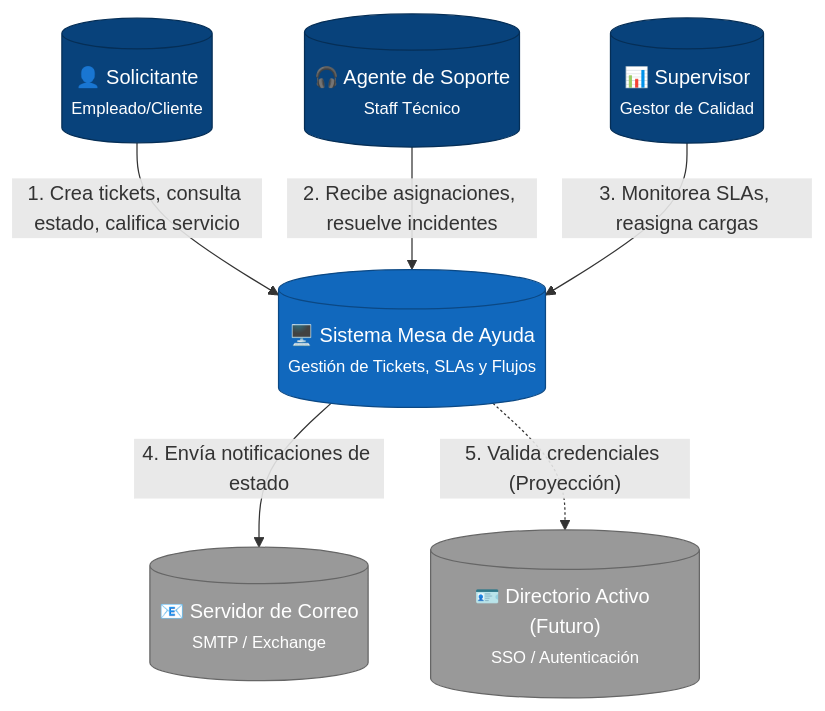
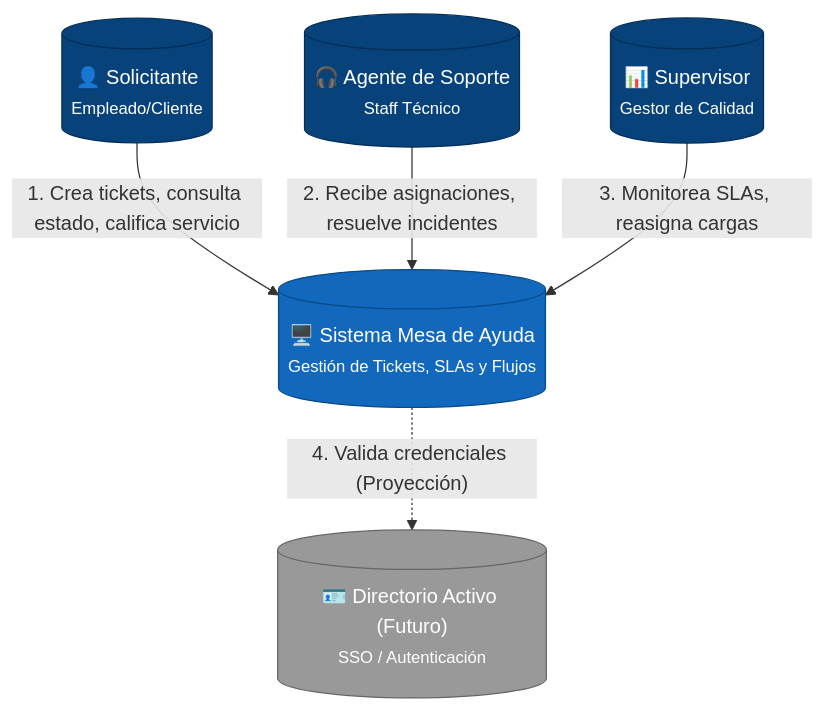
The first of 2 diagrams in docs/ARCHITECTURE.md (4lexanderpardo09/help-desk-back), drawn with Mermaid before and after one commit. The commit also changed other lines of this file, not shown here.

Commit message:
docs: Remove real-time features, WebSocket mentions, and external email system from architecture documentation.

````diff
--- a/docs/ARCHITECTURE.md
+++ b/docs/ARCHITECTURE.md
@@ -17,27 +17,25 @@
 ```mermaid
 graph TD
     %% Estilos de Nodos
     classDef person fill:#08427b,stroke:#052e56,color:white,rx:10,ry:10;
     classDef system fill:#1168bd,stroke:#0b4884,color:white,rx:10,ry:10;
     classDef external fill:#999999,stroke:#666666,color:white,rx:10,ry:10;
 
     %% Actores Principales
     Solicitante[("👤 Solicitante<br><small>Empleado/Cliente</small>")]:::person
     Agente[("🎧 Agente de Soporte<br><small>Staff Técnico</small>")]:::person
     Supervisor[("📊 Supervisor<br><small>Gestor de Calidad</small>")]:::person
 
     %% Sistema Central
     HelpDesk[("🖥️ Sistema Mesa de Ayuda<br><small>Gestión de Tickets, SLAs y Flujos</small>")]:::system
 
     %% Sistemas Externos
-    EmailSys[("📧 Servidor de Correo<br><small>SMTP / Exchange</small>")]:::external
     AD[("🪪 Directorio Activo (Futuro)<br><small>SSO / Autenticación</small>")]:::external
 
     %% Interacciones
     Solicitante -- "1. Crea tickets, consulta estado, califica servicio" --> HelpDesk
     Agente -- "2. Recibe asignaciones, resuelve incidentes" --> HelpDesk
     Supervisor -- "3. Monitorea SLAs, reasigna cargas" --> HelpDesk
     
-    HelpDesk -- "4. Envía notificaciones de estado" --> EmailSys
-    HelpDesk -. "5. Valida credenciales (Proyección)" .-> AD
+    HelpDesk -. "4. Valida credenciales (Proyección)" .-> AD
 ```
````
